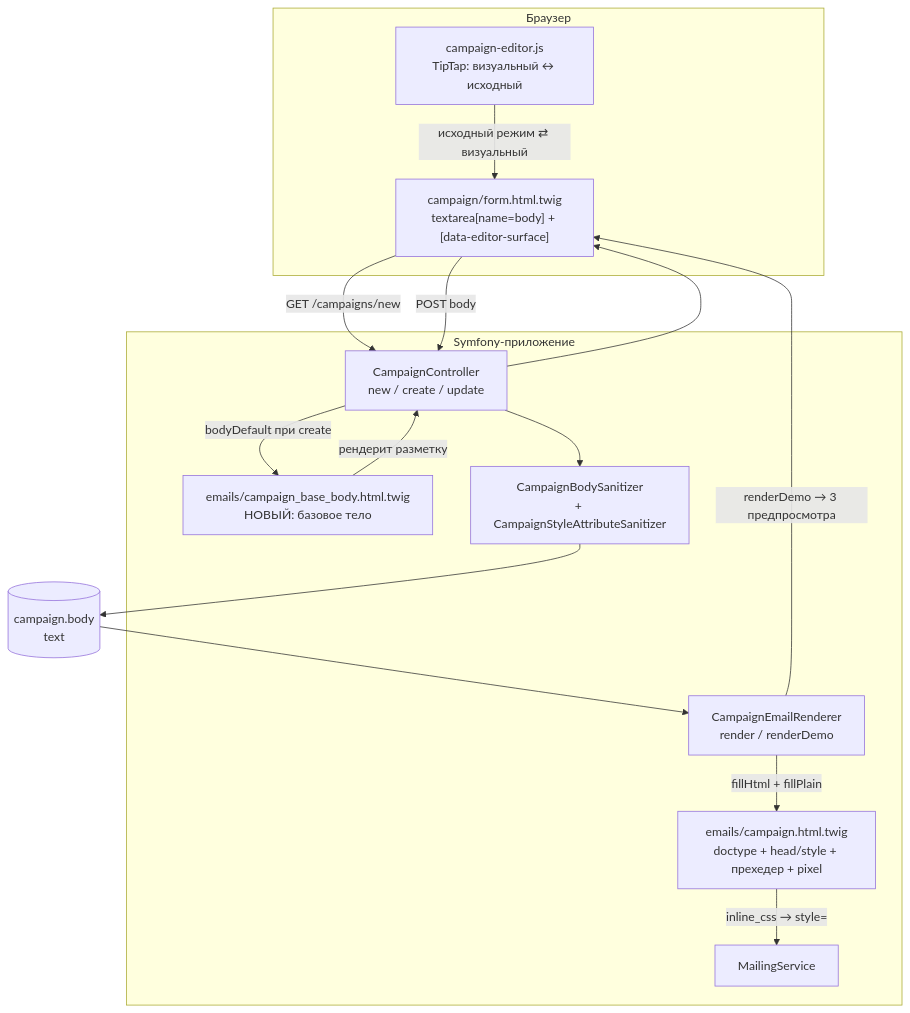
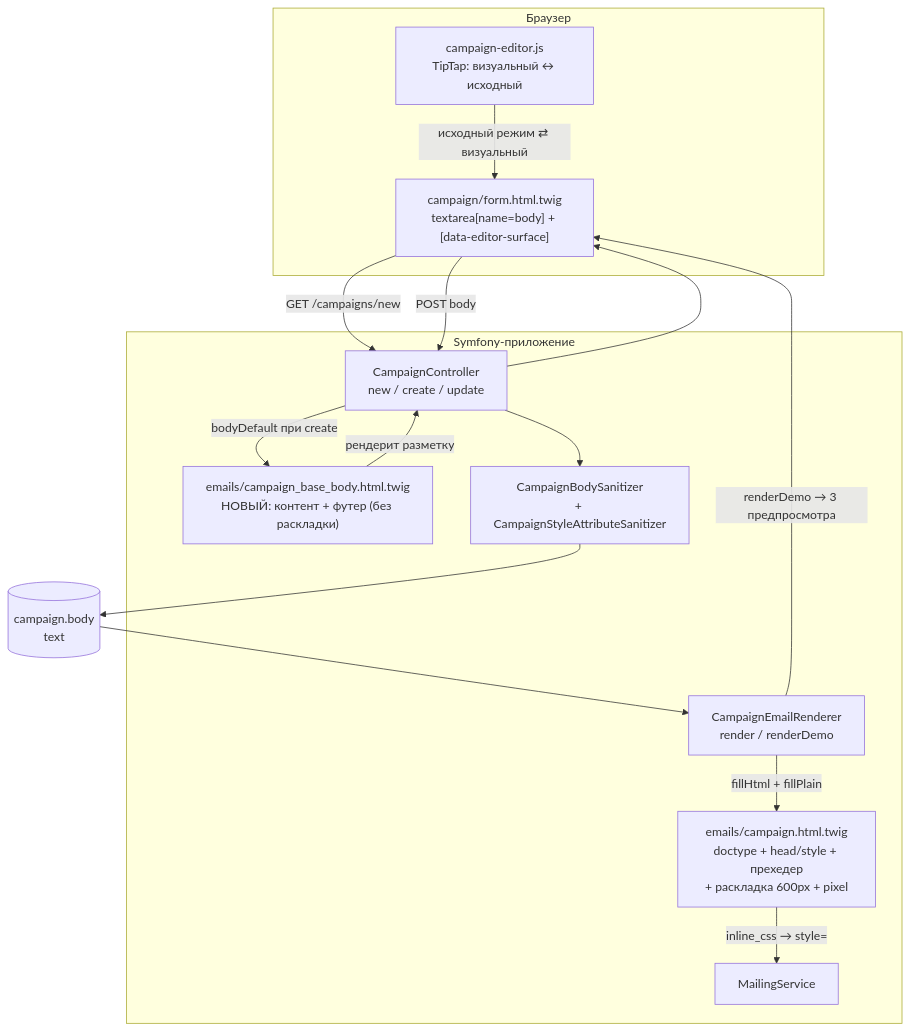
One commit to AliakseiBurak/crm-one changed the diagram in openspec/changes/email-body-base-template/design.md. Above: the diagram before and after it, drawn with Mermaid. The commit also changed other lines of this file and 22 other files, not shown here.

````diff
--- a/openspec/changes/email-body-base-template/design.md
+++ b/openspec/changes/email-body-base-template/design.md
@@ -60,31 +60,31 @@
 ```mermaid
 flowchart TD
     subgraph Browser["Браузер"]
         FORM["campaign/form.html.twig<br/>textarea[name=body] + [data-editor-surface]"]
         EDITOR["campaign-editor.js<br/>TipTap: визуальный ↔ исходный"]
     end
 
     subgraph App["Symfony-приложение"]
         CTRL["CampaignController<br/>new / create / update"]
-        BASE["emails/campaign_base_body.html.twig<br/>НОВЫЙ: базовое тело"]
+        BASE["emails/campaign_base_body.html.twig<br/>НОВЫЙ: контент + футер (без раскладки)"]
         SAN["CampaignBodySanitizer<br/>+ CampaignStyleAttributeSanitizer"]
         RENDER["CampaignEmailRenderer<br/>render / renderDemo"]
-        SHELL["emails/campaign.html.twig<br/>doctype + head/style + прехедер + pixel"]
+        SHELL["emails/campaign.html.twig<br/>doctype + head/style + прехедер<br/>+ раскладка 600px + pixel"]
         MAIL["MailingService"]
     end
 
     DB[("campaign.body<br/>text")]
 
     FORM -->|GET /campaigns/new| CTRL
     CTRL -->|bodyDefault при create| BASE
     BASE -->|рендерит разметку| CTRL
     CTRL --> FORM
     EDITOR -->|исходный режим ⇄ визуальный| FORM
     FORM -->|POST body| CTRL
     CTRL --> SAN
     SAN --> DB
     DB --> RENDER
     RENDER -->|fillHtml + fillPlain| SHELL
     SHELL -->|inline_css → style=| MAIL
     RENDER -->|renderDemo → 3 предпросмотра| FORM
 ```
````
